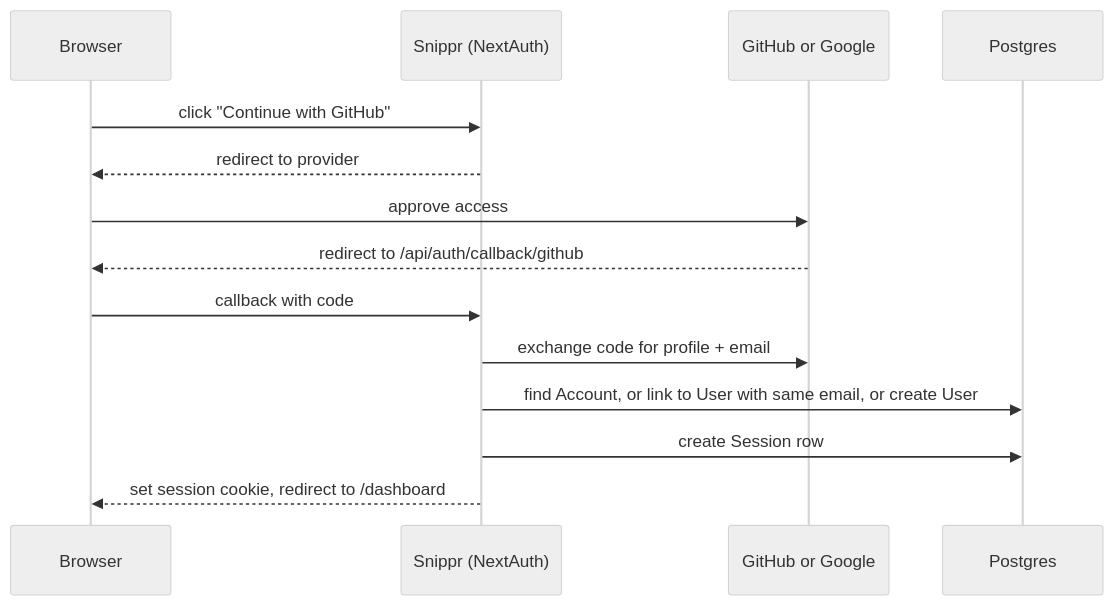
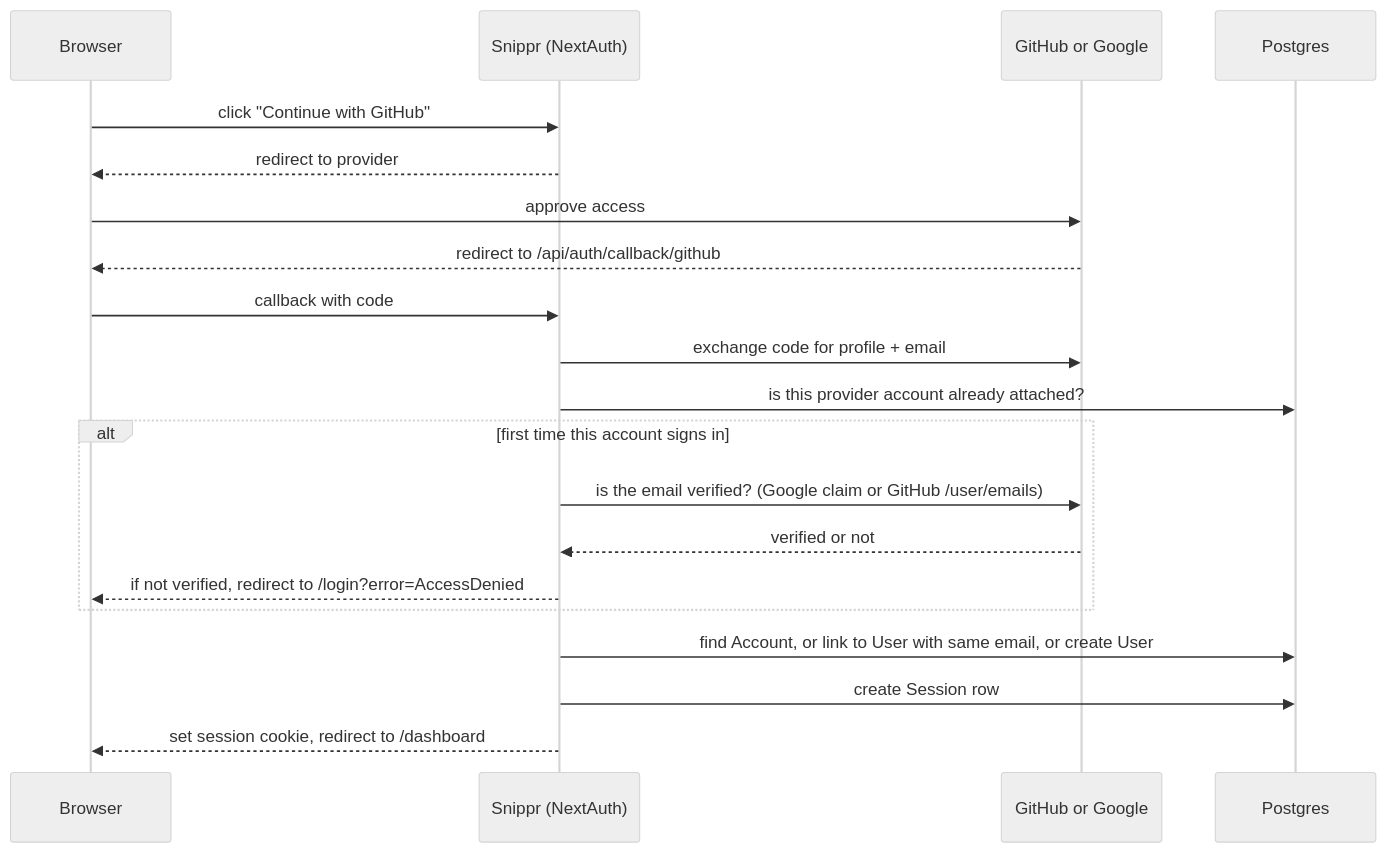
The fourth of 4 diagrams in docs/ARCHITECTURE.md (RyanDanielWalker/snippr), drawn with Mermaid (neutral theme) before and after one commit. The commit also changed other lines of this file and 4 other files, not shown here.

First line of the commit message:
docs: record ADR 0009 and update architecture and roadmap

````diff
--- a/docs/ARCHITECTURE.md
+++ b/docs/ARCHITECTURE.md
@@ -141,17 +141,23 @@
 ```mermaid
 sequenceDiagram
     participant B as Browser
     participant S as Snippr (NextAuth)
     participant P as GitHub or Google
     participant DB as Postgres
 
     B->>S: click "Continue with GitHub"
     S-->>B: redirect to provider
     B->>P: approve access
     P-->>B: redirect to /api/auth/callback/github
     B->>S: callback with code
     S->>P: exchange code for profile + email
+    S->>DB: is this provider account already attached?
+    alt first time this account signs in
+        S->>P: is the email verified? (Google claim or GitHub /user/emails)
+        P-->>S: verified or not
+        S-->>B: if not verified, redirect to /login?error=AccessDenied
+    end
     S->>DB: find Account, or link to User with same email, or create User
     S->>DB: create Session row
     S-->>B: set session cookie, redirect to /dashboard
 ```
````
